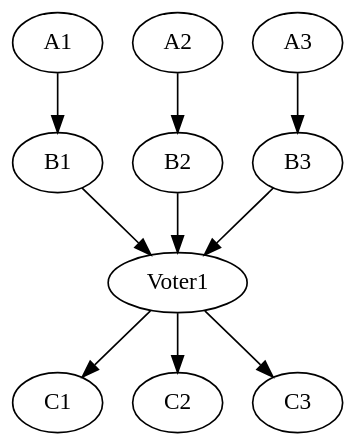
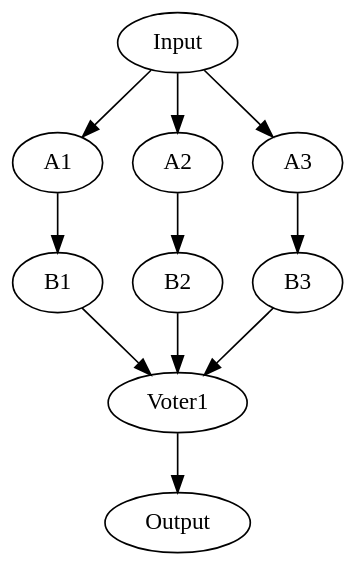
Before and after one commit to Jemima/ths: the diagram in Report A/images/TMR-post.dot, drawn with Graphviz. The commit also changed 13 other files, not shown here.

```diff
--- a/Report A/images/TMR-post.dot
+++ b/Report A/images/TMR-post.dot
@@ -1,11 +1,9 @@
 digraph G{
    bgcolor="transparent"
-   A1 -> B1 -> Voter1;
-   A2 -> B2 -> Voter1;
-   A3 -> B3 -> Voter1;
+   Input -> A1 -> B1 -> Voter1;
+   Input -> A2 -> B2 -> Voter1;
+   Input -> A3 -> B3 -> Voter1;
 
-   Voter1 -> C1;
-   Voter1 -> C2;
-   Voter1 -> C3;
+   Voter1 -> Output;
    
 }
```
